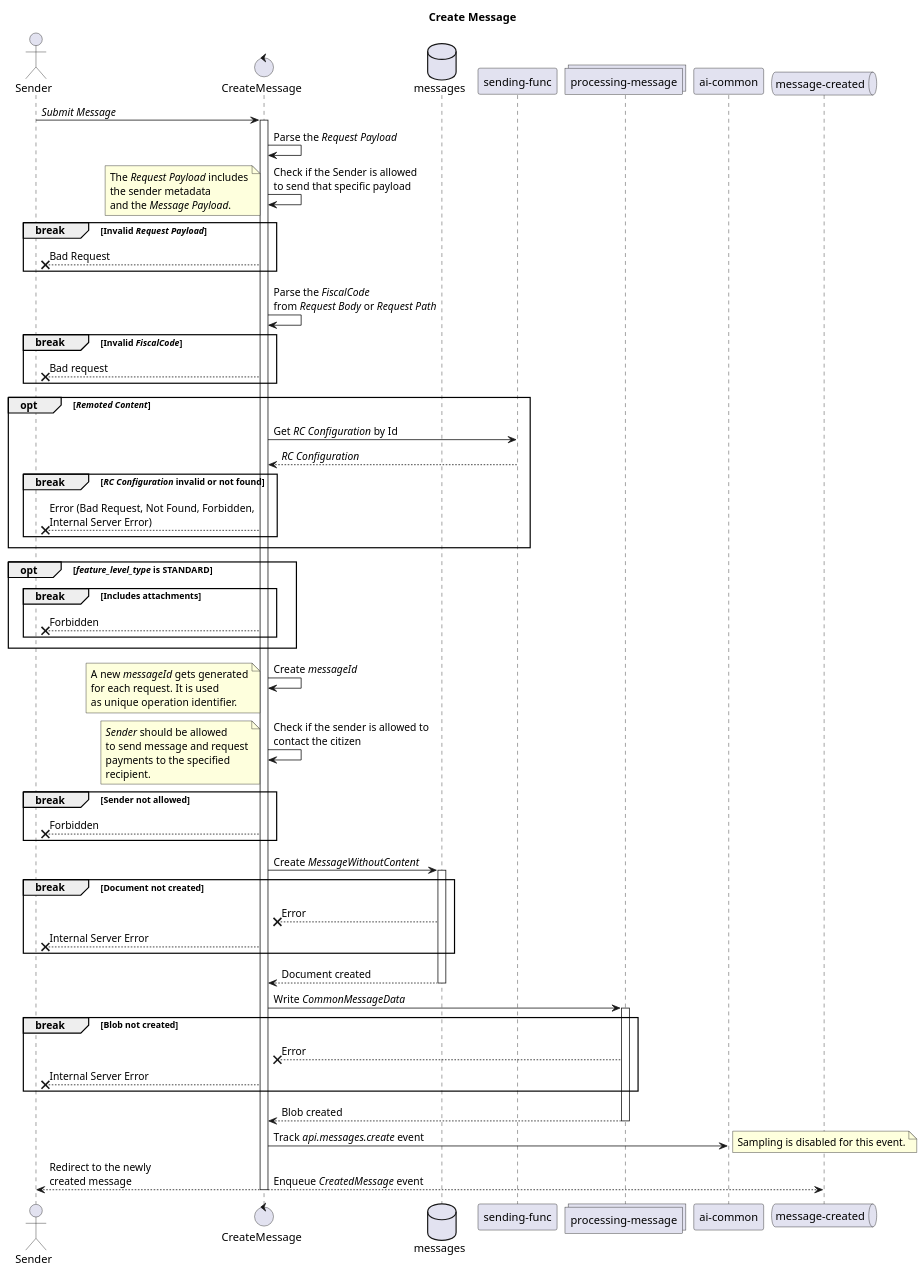
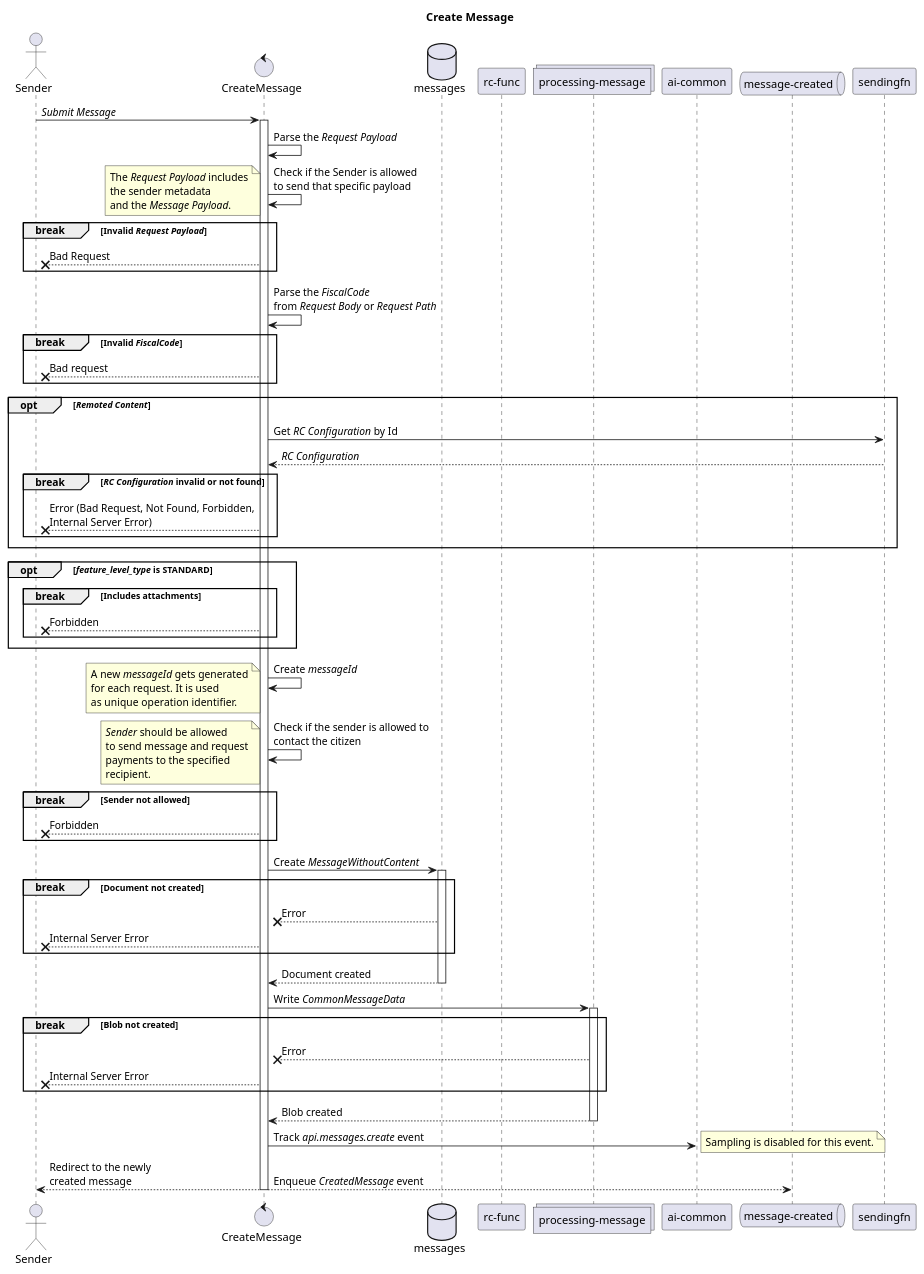
One commit to pagopa/io-messages changed the diagram in docs/CreateMessage/create-message.plantuml. Above: the diagram before and after it, drawn with PlantUML. The commit also changed 99 other files, not shown here.

Commit message:
remove sending func folder. Update sending-func references

```diff
--- a/docs/CreateMessage/create-message.plantuml
+++ b/docs/CreateMessage/create-message.plantuml
@@ -1,98 +1,98 @@
 @startuml create-message
 !pragma teoz true
 
 title Create Message
 
 actor sender as "Sender"
 control fn as "CreateMessage"
 database db as "messages"
-participant sendingfn as "sending-func"
+participant rcfn as "rc-func"
 collections st as "processing-message"
 participant ai as "ai-common"
 queue q as "message-created"
 
 sender -> fn ++: //Submit Message//
 
 fn -> fn: Parse the //Request Payload//
 
 fn -> fn: Check if the Sender is allowed\nto send that specific payload
 
 note left
 The //Request Payload// includes
 the sender metadata
 and the //Message Payload//.
 end note
 
 break Invalid //Request Payload//
   fn --x sender: Bad Request
 end
 
 fn -> fn: Parse the //FiscalCode// \nfrom //Request Body// or //Request Path//
 
 break Invalid //FiscalCode//
   fn --x sender: Bad request
 end
 
 opt //Remoted Content//
 
   fn -> sendingfn: Get //RC Configuration// by Id
   sendingfn --> fn: //RC Configuration//
 
   break //RC Configuration// invalid or not found
     fn --x sender: Error (Bad Request, Not Found, Forbidden,\nInternal Server Error)
   end
 end
 
 opt //feature_level_type// is STANDARD
   break Includes attachments
     fn --x sender: Forbidden
   end
 end
 
 fn -> fn: Create //messageId//
 
 note left
 A new //messageId// gets generated
 for each request. It is used
 as unique operation identifier.
 end note
 
 fn -> fn: Check if the sender is allowed to\ncontact the citizen
 
 note left
 //Sender// should be allowed
 to send message and request
 payments to the specified
 recipient.
 end note
 
 break Sender not allowed
   fn --x sender: Forbidden
 end
 
 fn -> db ++: Create //MessageWithoutContent//
 
 break Document not created
   db --x fn: Error
   fn --x sender: Internal Server Error
 end
 
 db --> fn --: Document created
 
 fn -> st ++: Write //CommonMessageData//
 
 break Blob not created
   st --x fn: Error
   fn --x sender: Internal Server Error
 end
 
 st --> fn --: Blob created
 
 fn -> ai: Track //api.messages.create// event
 
 note right: Sampling is disabled for this event.
 
 fn --> sender: Redirect to the newly\ncreated message
 & fn --> q --: Enqueue //CreatedMessage// event
 
 @enduml
```
